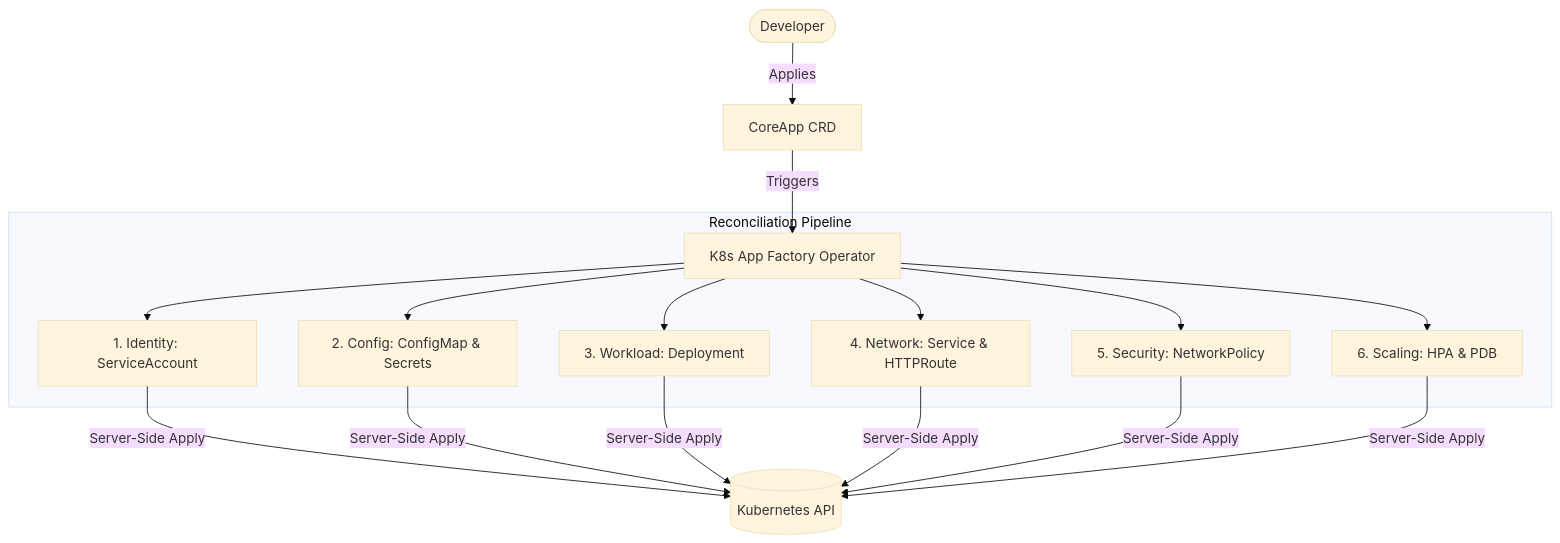
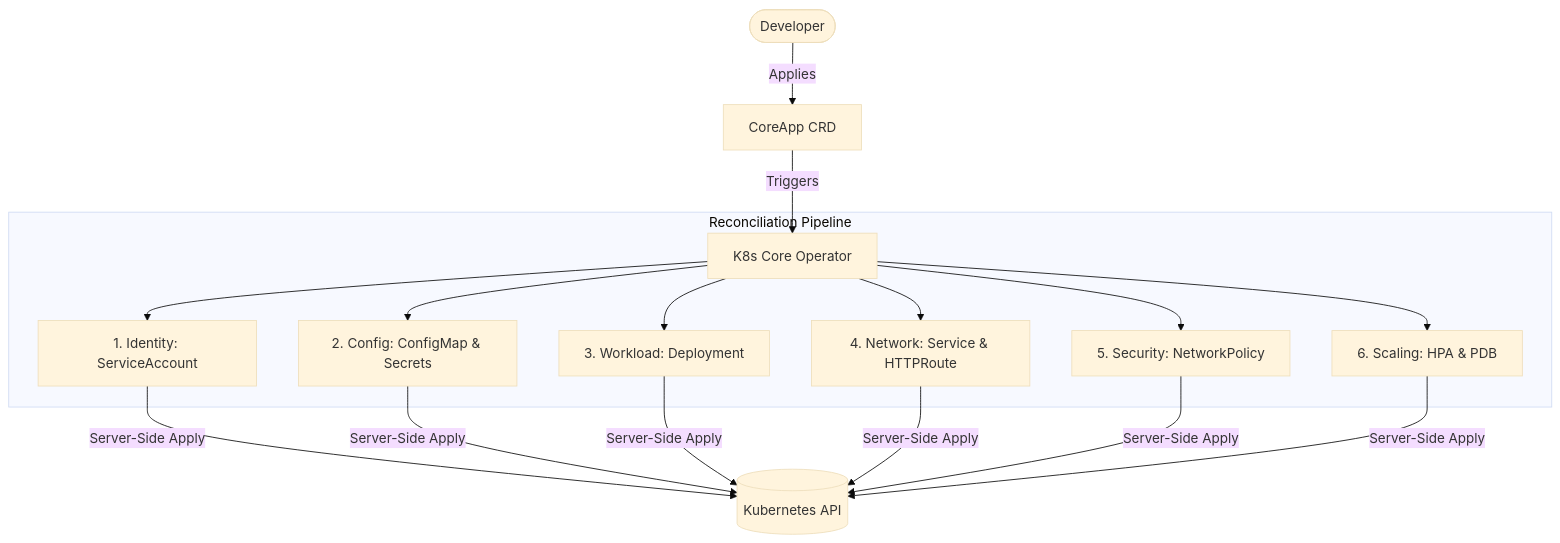
One commit to juandcsoler/k8s-app-factory changed the diagram in README.md. Above: the diagram before and after it, drawn with Mermaid (base theme). The commit also changed other lines of this file and 61 other files, not shown here.

Commit message:
refactor: rename project from k8s-app-factory to platform-k8s-core-operator across codebase and manifests

````diff
--- a/README.md
+++ b/README.md
@@ -30,16 +30,16 @@
 ```mermaid
 graph TD;
     User([Developer]) -->|Applies| CR[CoreApp CRD]
-    CR -->|Triggers| Manager[K8s App Factory Operator]
+    CR -->|Triggers| Manager[K8s Core Operator]
     
     subgraph Reconciliation Pipeline
         Manager --> SA[1. Identity: ServiceAccount]
         Manager --> CM[2. Config: ConfigMap & Secrets]
         Manager --> Dep[3. Workload: Deployment]
         Manager --> Svc[4. Network: Service & HTTPRoute]
         Manager --> Net[5. Security: NetworkPolicy]
         Manager --> HPA[6. Scaling: HPA & PDB]
     end
     
     SA & CM & Dep & Svc & Net & HPA -->|Server-Side Apply| API[(Kubernetes API)]
 ```
````
